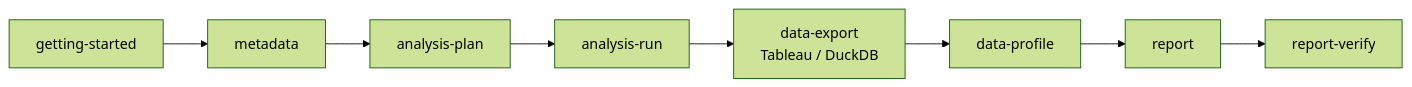
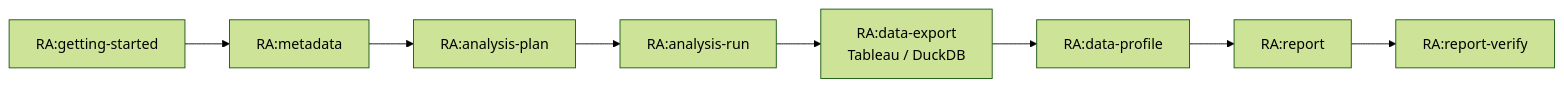
One commit to dabaige53/RealAnalyst changed the first of 2 diagrams in skills/README.md. Above: the diagram before and after it, drawn with Mermaid (forest theme). The commit also changed other lines of this file and 49 other files, not shown here.

````diff
--- a/skills/README.md
+++ b/skills/README.md
@@ -9,10 +9,10 @@
 ```mermaid
 flowchart LR
-    Start[getting-started] --> Meta[metadata]
-    Meta --> Plan[analysis-plan]
-    Plan --> Run[analysis-run]
-    Run --> Export[data-export<br/>Tableau / DuckDB]
-    Export --> Profile[data-profile]
-    Profile --> Report[report]
-    Report --> Verify[report-verify]
+    Start[RA:getting-started] --> Meta[RA:metadata]
+    Meta --> Plan[RA:analysis-plan]
+    Plan --> Run[RA:analysis-run]
+    Run --> Export[RA:data-export<br/>Tableau / DuckDB]
+    Export --> Profile[RA:data-profile]
+    Profile --> Report[RA:report]
+    Report --> Verify[RA:report-verify]
 ```
````
